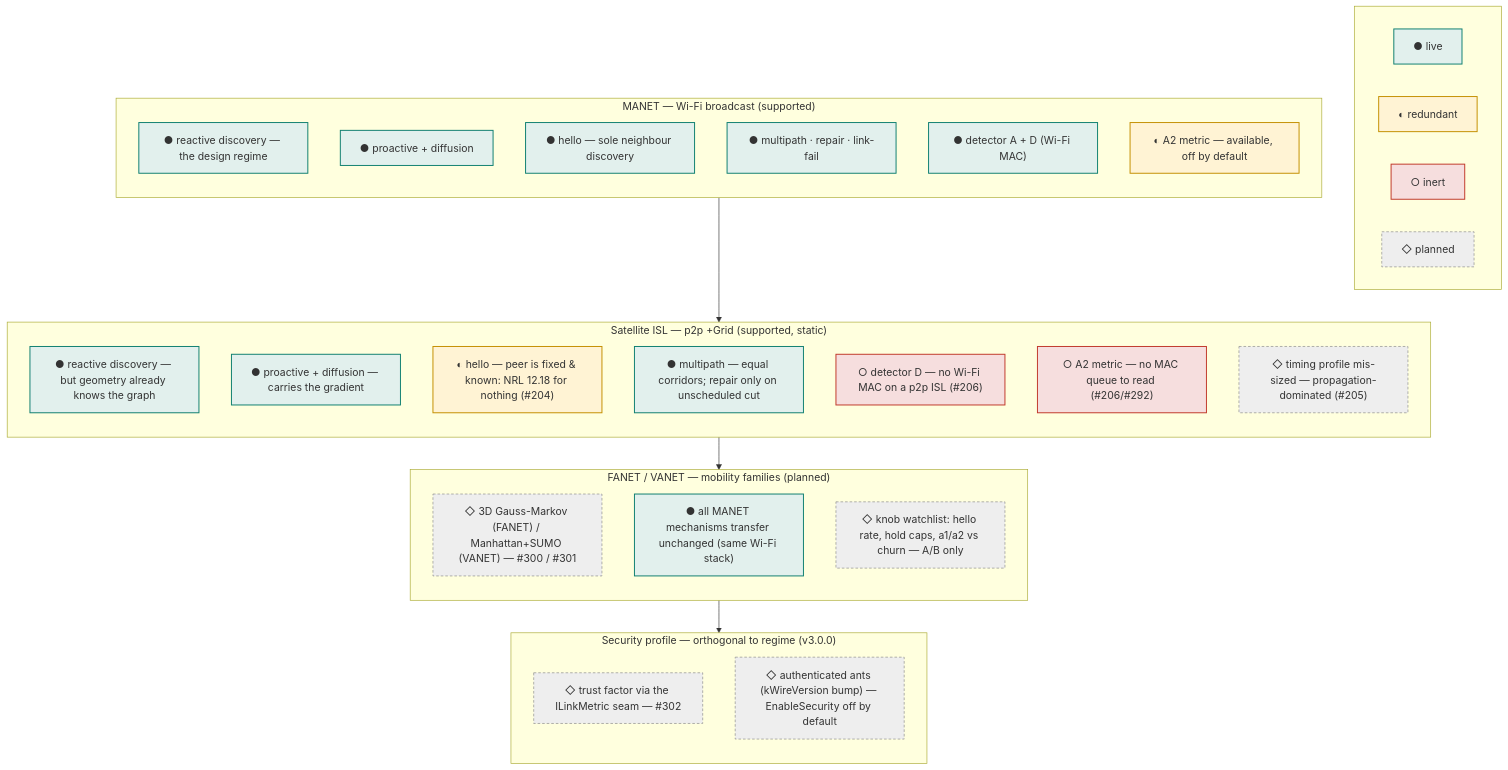
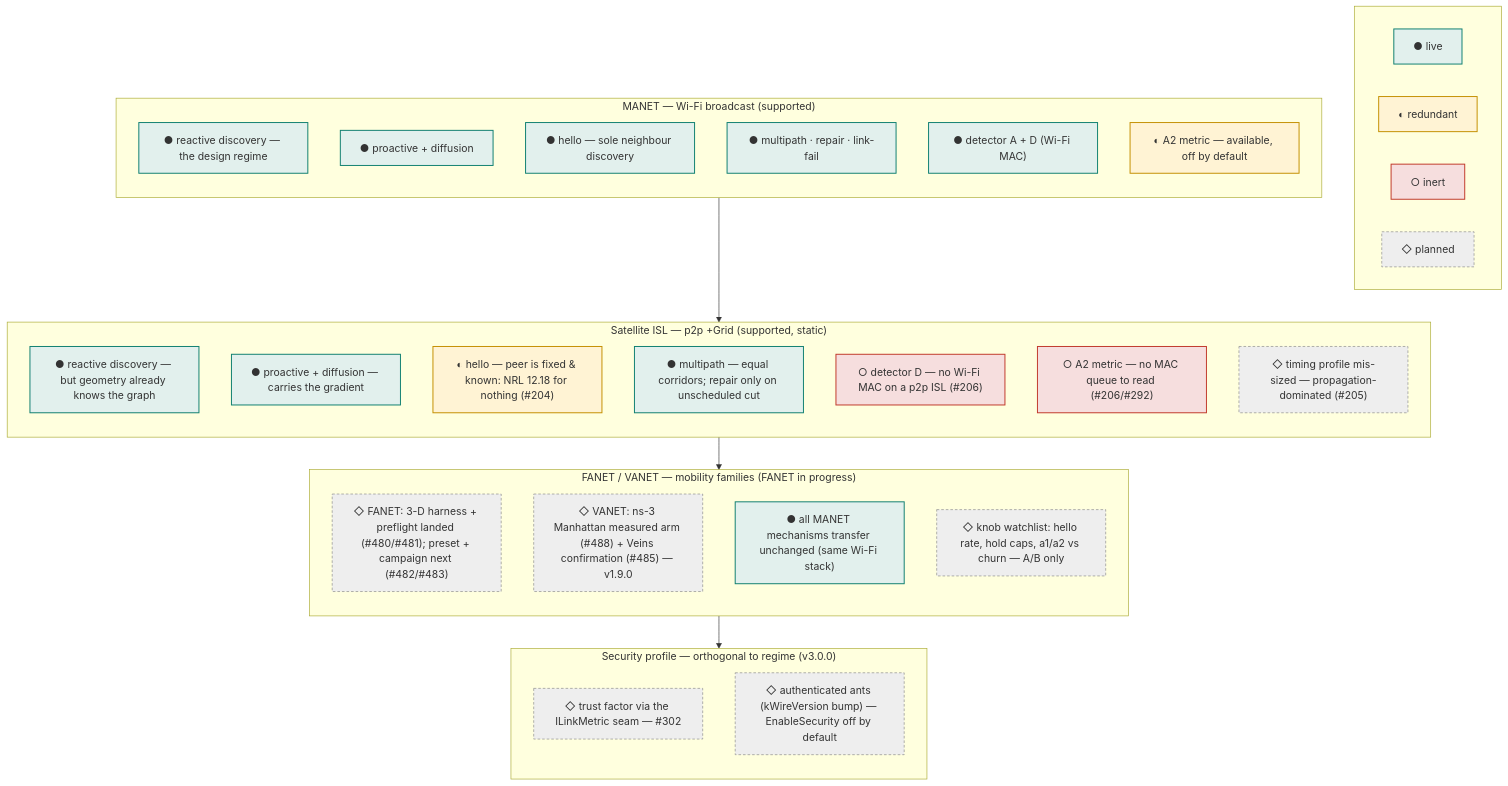
Before and after one commit to danieljoppi/AntHocNet: the third of 3 diagrams in docs/software-layers.md, drawn with Mermaid. The commit also changed 3 other files, not shown here.

First line of the commit message:
docs: record FANET progress (#480, #481) across the roadmap and regime docs (#493)

````diff
--- a/docs/software-layers.md
+++ b/docs/software-layers.md
@@ -133,51 +133,52 @@
 ```mermaid
 flowchart TB
     subgraph LEGEND[" "]
         direction LR
         L1["● live"]:::live
         L2["◐ redundant"]:::redu
         L3["○ inert"]:::inert
         L4["◇ planned"]:::plan
     end
 
     subgraph MANET["MANET — Wi-Fi broadcast (supported)"]
         direction TB
         MA["● reactive discovery — the design regime"]:::live
         MB["● proactive + diffusion"]:::live
         MC["● hello — sole neighbour discovery"]:::live
         MD["● multipath · repair · link-fail"]:::live
         ME["● detector A + D (Wi-Fi MAC)"]:::live
         MF["◐ A2 metric — available, off by default"]:::redu
     end
 
     subgraph SAT["Satellite ISL — p2p +Grid (supported, static)"]
         direction TB
         SA["● reactive discovery — but geometry already knows the graph"]:::live
         SB["● proactive + diffusion — carries the gradient"]:::live
         SC["◐ hello — peer is fixed & known: NRL 12.18 for nothing (#204)"]:::redu
         SD["● multipath — equal corridors; repair only on unscheduled cut"]:::live
         SE["○ detector D — no Wi-Fi MAC on a p2p ISL (#206)"]:::inert
         SF["○ A2 metric — no MAC queue to read (#206/#292)"]:::inert
         SG["◇ timing profile mis-sized — propagation-dominated (#205)"]:::plan
     end
 
-    subgraph FAM["FANET / VANET — mobility families (planned)"]
+    subgraph FAM["FANET / VANET — mobility families (FANET in progress)"]
         direction TB
-        FA["◇ 3D Gauss-Markov (FANET) / Manhattan+SUMO (VANET) — #300 / #301"]:::plan
+        FA["◇ FANET: 3-D harness + preflight landed (#480/#481); preset + campaign next (#482/#483)"]:::plan
+        FD["◇ VANET: ns-3 Manhattan measured arm (#488) + Veins confirmation (#485) — v1.9.0"]:::plan
         FB["● all MANET mechanisms transfer unchanged (same Wi-Fi stack)"]:::live
         FC["◇ knob watchlist: hello rate, hold caps, a1/a2 vs churn — A/B only"]:::plan
     end
 
     subgraph SEC["Security profile — orthogonal to regime (v3.0.0)"]
         direction TB
         XA["◇ trust factor via the ILinkMetric seam — #302"]:::plan
         XB["◇ authenticated ants (kWireVersion bump) — EnableSecurity off by default"]:::plan
     end
 
     MANET --> SAT --> FAM --> SEC
 
     classDef live fill:#e2f0ed,stroke:#0f7f70,stroke-width:1.5px;
     classDef redu fill:#fff3d4,stroke:#c48f00,stroke-width:1.5px;
     classDef inert fill:#f6dede,stroke:#c0392b,stroke-width:1.5px;
     classDef plan fill:#eee,stroke:#888,stroke-dasharray:4 3;
 ```
````
